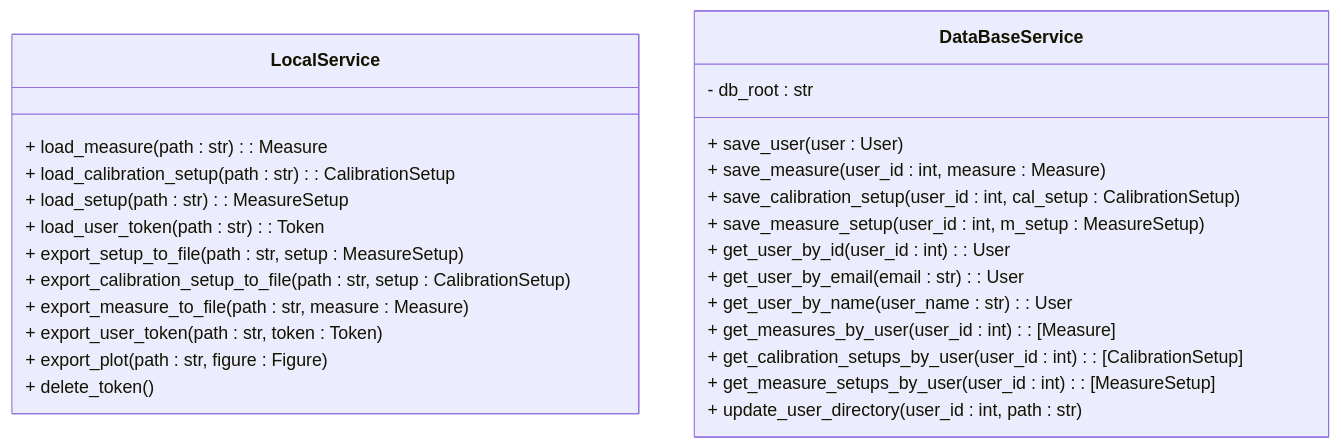
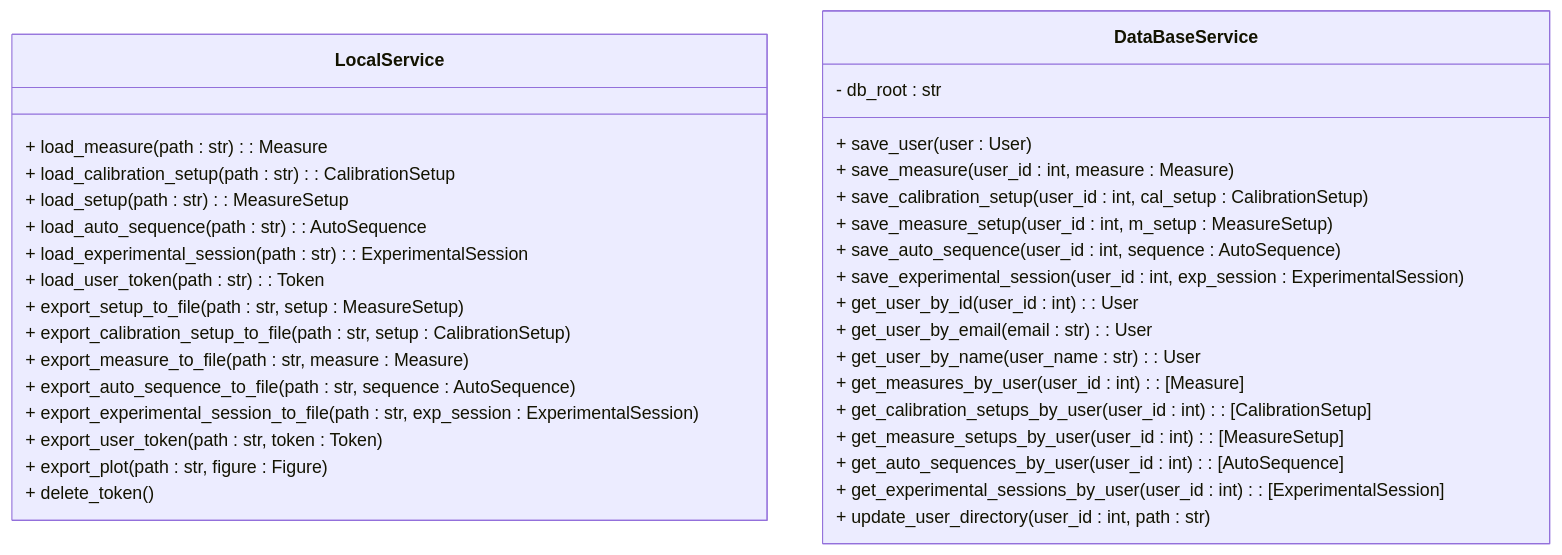
The tenth of 15 diagrams in Gmini-MarkDown/Diagramas/Diagramas de Clases.md (alegrelias/Repo-GMini), drawn with Mermaid before and after one commit. The commit also changed other lines of this file and 1 other file, not shown here.

Commit message:
Agregue una copia antigua del el diagrama de clases y modifique el nuevo segun los cambios correspondientes

````diff
--- a/Gmini-MarkDown/Diagramas/Diagramas de Clases.md
+++ b/Gmini-MarkDown/Diagramas/Diagramas de Clases.md
@@ -775,34 +830,41 @@
 ```mermaid
 classDiagram
 
 %% persistencia
 class LocalService{
 	%% operaciones en archivos
 	+ load_measure(path : str) : Measure
 	+ load_calibration_setup(path : str) : CalibrationSetup
 	+ load_setup(path : str) : MeasureSetup
+	+ load_auto_sequence(path : str) : AutoSequence
+	+ load_experimental_session(path : str) : ExperimentalSession
 	+ load_user_token(path : str) : Token
 	+ export_setup_to_file(path : str, setup : MeasureSetup)
 	+ export_calibration_setup_to_file(path : str, setup : CalibrationSetup)
 	+ export_measure_to_file(path : str, measure : Measure)
+	+ export_auto_sequence_to_file(path : str, sequence : AutoSequence)
+	+ export_experimental_session_to_file(path : str, exp_session : ExperimentalSession)
 	+ export_user_token(path : str, token : Token)
 	+ export_plot(path : str, figure : Figure)
-	+ delete_token()	
+	+ delete_token()
 }
 class DataBaseService{
 	- db_root : str
 	%% operaciones en db
 	+ save_user(user : User)
 	+ save_measure(user_id : int, measure : Measure)
 	+ save_calibration_setup(user_id : int, cal_setup : CalibrationSetup)
 	+ save_measure_setup(user_id : int, m_setup : MeasureSetup)
+	+ save_auto_sequence(user_id : int, sequence : AutoSequence)
+	+ save_experimental_session(user_id : int, exp_session : ExperimentalSession)
 	+ get_user_by_id(user_id : int): User
 	+ get_user_by_email(email : str): User
-	+ get_user_by_name(user_name : str): User 
+	+ get_user_by_name(user_name : str): User
 	+ get_measures_by_user(user_id : int) : [Measure]
 	+ get_calibration_setups_by_user(user_id : int) : [CalibrationSetup]
 	+ get_measure_setups_by_user(user_id : int) : [MeasureSetup]
-	+ update_user_directory(user_id : int, path : str) 
+	+ get_auto_sequences_by_user(user_id : int) : [AutoSequence]
+	+ get_experimental_sessions_by_user(user_id : int) : [ExperimentalSession]
+	+ update_user_directory(user_id : int, path : str)
 }
-
 ```
````
